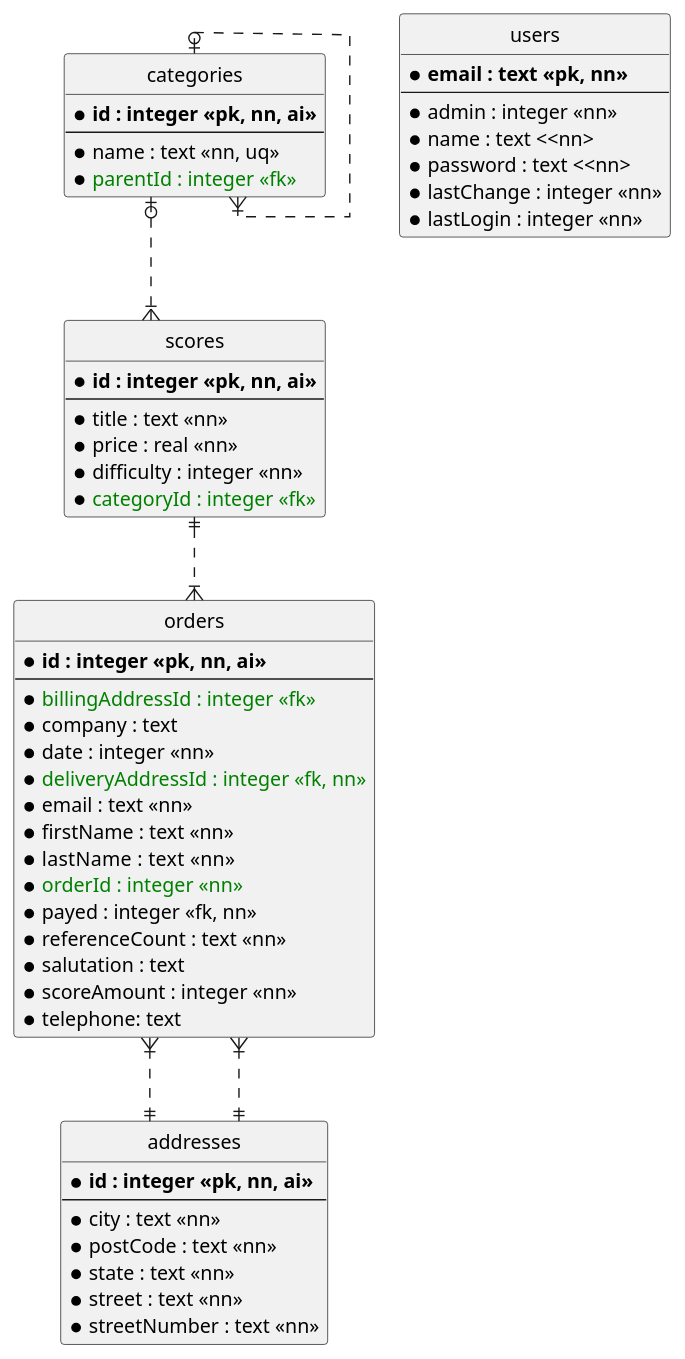
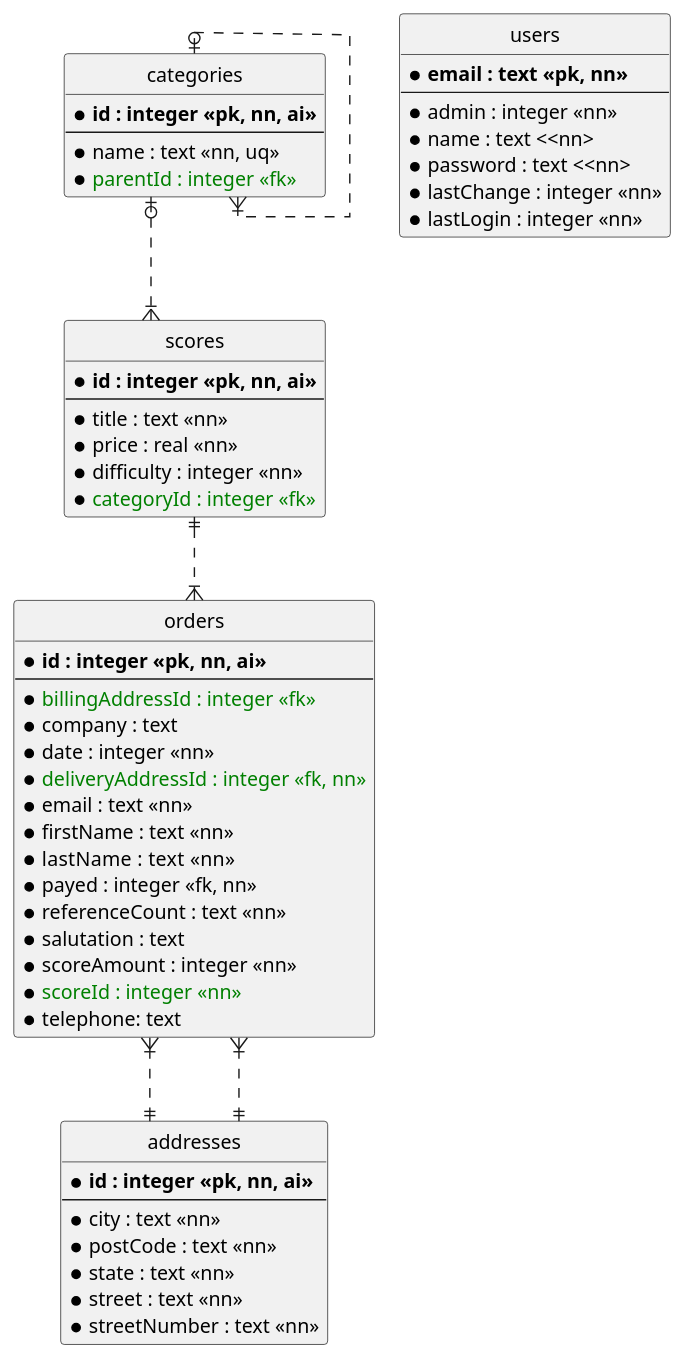
The diagram in doc/database/database.adoc (mknentwich/core), drawn with PlantUML before and after one commit. The commit also changed 1 other file, not shown here.

Commit message:
changed orderId to scoreId in table orders

```diff
--- a/doc/database/database.adoc
+++ b/doc/database/database.adoc
@@ -8,73 +8,73 @@
 [plantuml, database_model, svg]
 ....
 @startuml
 
 hide circle
 skinparam linetype ortho
 
 ' entities
 
 entity "categories" as cat {
   * **id : integer <<pk, nn, ai>>**
   --
   *name : text <<nn, uq>>
   *<color:green>parentId : integer <<fk>></color>
 }
 
 entity "scores" as sco {
   * **id : integer <<pk, nn, ai>>**
   --
   *title : text <<nn>>
   *price : real <<nn>>
   *difficulty : integer <<nn>>
   *<color:green>categoryId : integer <<fk>></color>
 }
 
 entity "orders" as ord {
   * **id : integer <<pk, nn, ai>>**
   --
   *<color:green>billingAddressId : integer <<fk>></color>
   *company : text
   *date : integer <<nn>>
   *<color:green>deliveryAddressId : integer <<fk, nn>></color>
   *email : text <<nn>>
   *firstName : text <<nn>>
   *lastName :  text <<nn>>
-  *<color:green>orderId : integer <<nn>></color>
   *payed : integer <<fk, nn>>
   *referenceCount : text <<nn>>
   *salutation : text
   *scoreAmount : integer <<nn>>
+  *<color:green>scoreId : integer <<nn>></color>
   *telephone: text
 }
 
 entity "addresses" as add {
   * **id : integer <<pk, nn, ai>>**
   --
   *city : text <<nn>>
   *postCode : text <<nn>>
   *state : text <<nn>>
   *street : text <<nn>>
   *streetNumber : text <<nn>>
 }
 
 entity "users" {
   * **email : text <<pk, nn>>**
   --
   *admin : integer <<nn>>
   *name : text <<nn>
   *password : text <<nn>
   *lastChange : integer <<nn>>
   *lastLogin : integer <<nn>>
 }
 
 ' relations
 
 cat |o..|{ cat
 cat |o..|{ sco
 ord }|..|| add
 ord }|..|| add
 sco ||..|{ ord
 
 @enduml
 ....
```
